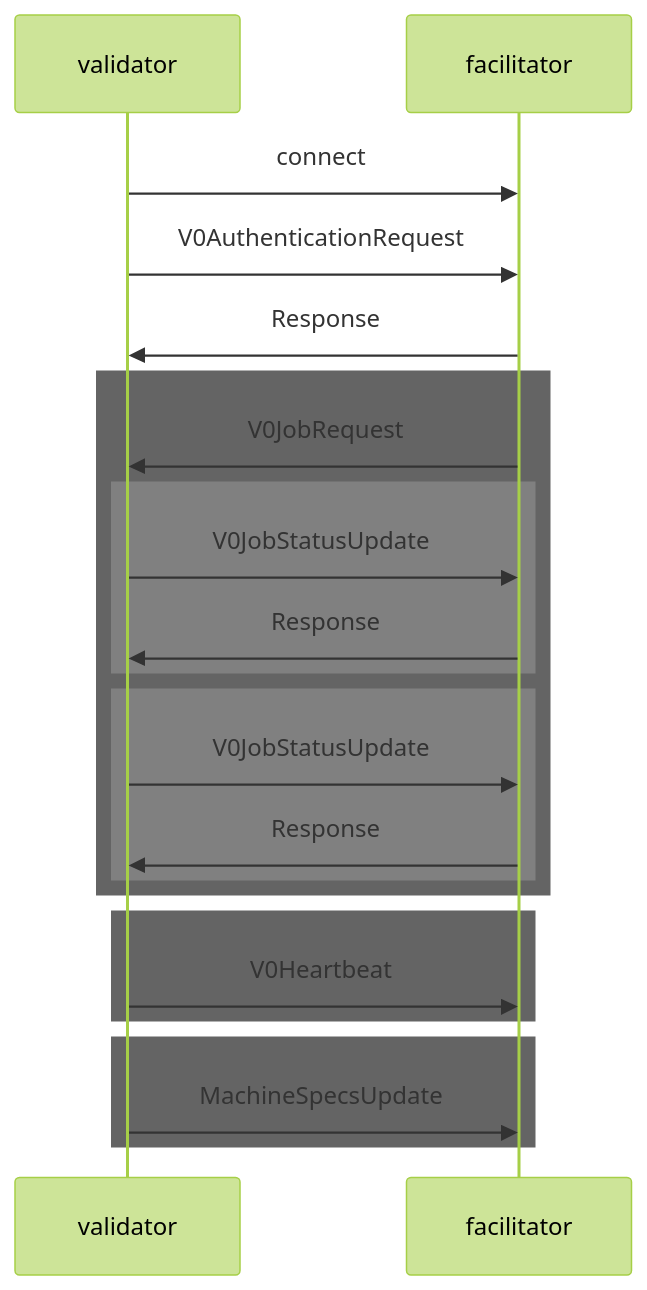
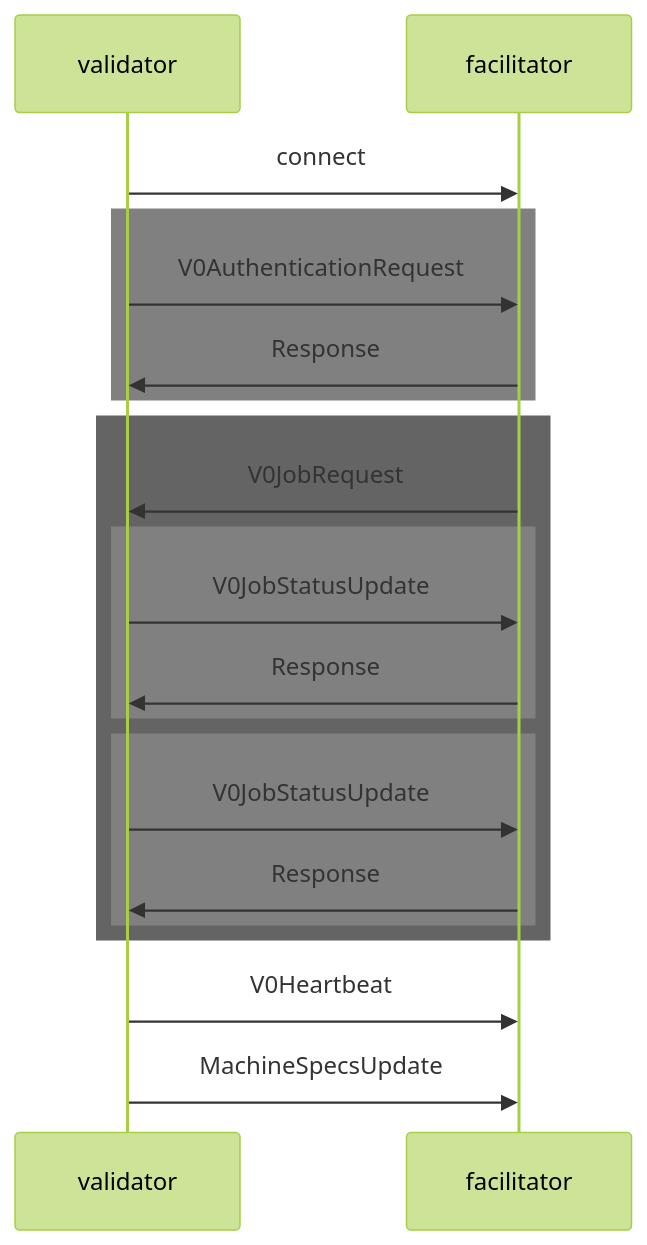
Before and after one commit to backend-developers-ltd/ComputeHorde: the diagram in facilitator-protocol.md, drawn with Mermaid (forest theme).

Commit message:
fix mermaid sequence diagram

````diff
--- a/facilitator-protocol.md
+++ b/facilitator-protocol.md
@@ -19,31 +19,29 @@
 ```mermaid
 sequenceDiagram
     participant validator
     participant facilitator
 
     validator->>facilitator: connect
-    validator->>facilitator: V0AuthenticationRequest
-    facilitator->>validator: Response
-
+    
+    rect rgb(128, 128, 128)
+        validator->>facilitator: V0AuthenticationRequest
+        facilitator->>validator: Response
+    end
+    
     rect rgb(100, 100, 100)
         facilitator->>validator: V0JobRequest
     
         rect rgb(128, 128, 128)
             validator->>facilitator: V0JobStatusUpdate
             facilitator->>validator: Response
         end
     
         rect rgb(128, 128, 128)
             validator->>facilitator: V0JobStatusUpdate
             facilitator->>validator: Response
         end
     end
 
-    rect rgb(100, 100, 100)
-        validator->>facilitator: V0Heartbeat
-    end
-
-    rect rgb(100, 100, 100)
-        validator->>facilitator: MachineSpecsUpdate
-    end
+    validator->>facilitator: V0Heartbeat
+    validator->>facilitator: MachineSpecsUpdate
 ```
````
